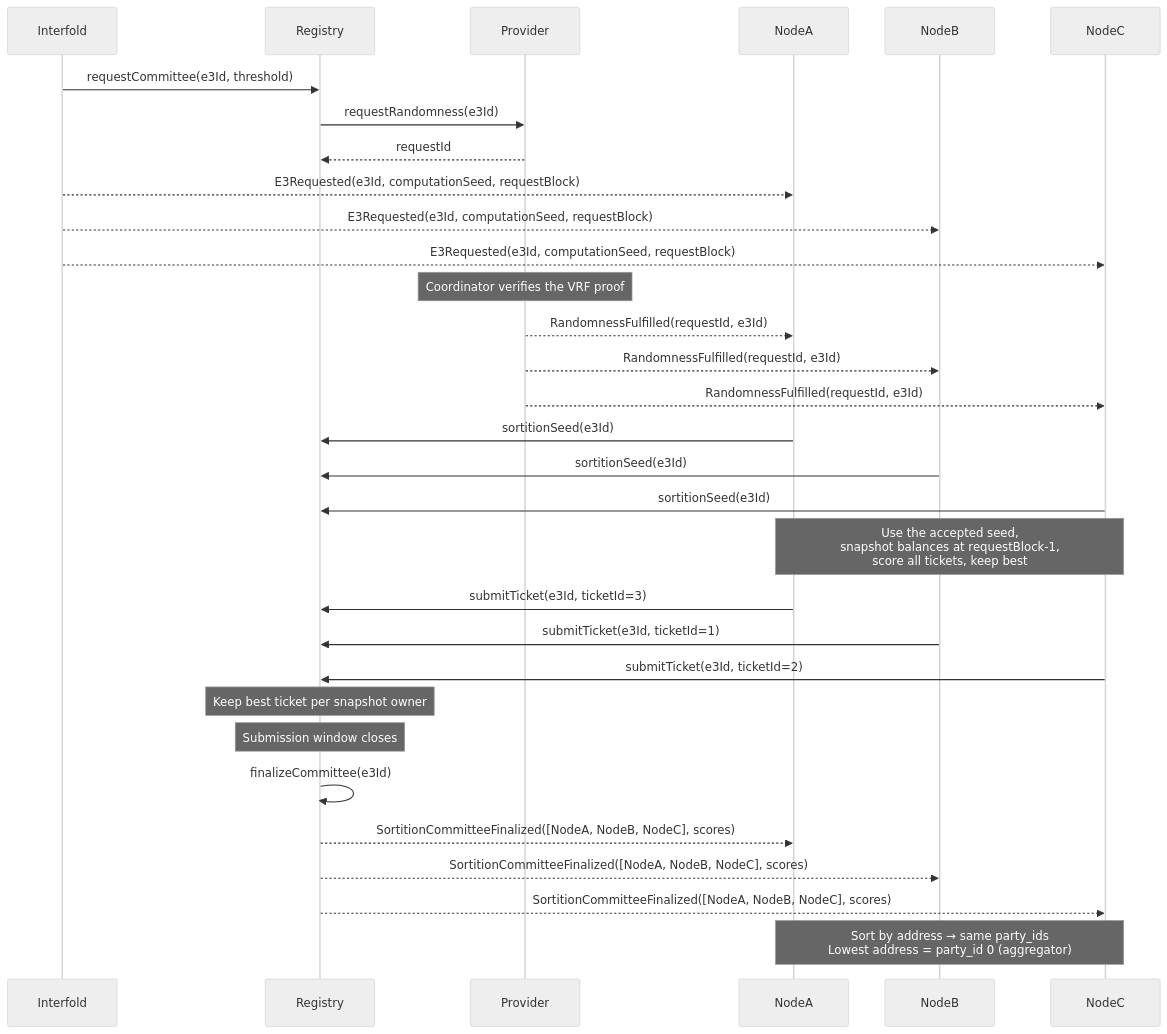
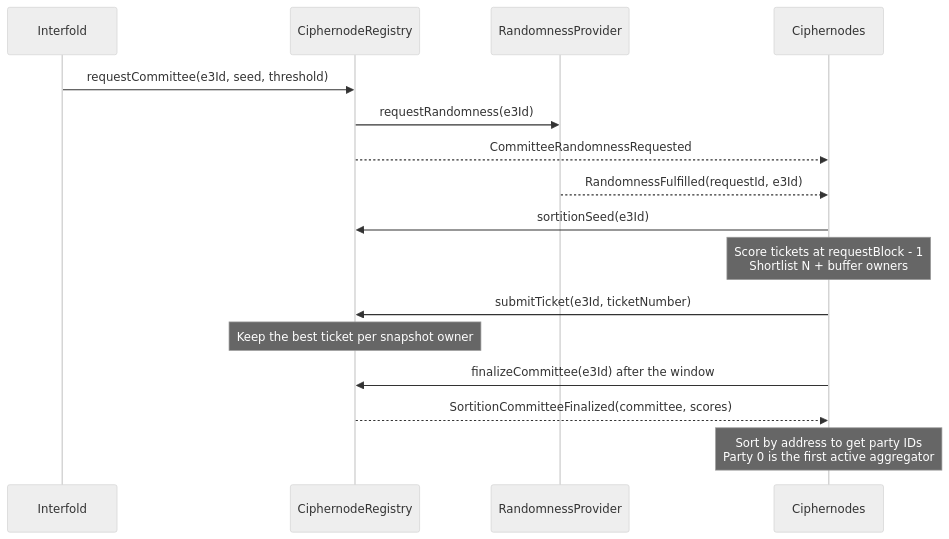
One commit to theinterfold/interfold changed the diagram in docs/pages/internals/sortition.mdx. Above: the diagram before and after it, drawn with Mermaid (neutral theme). The commit also changed other lines of this file and 152 other files, not shown here.

````diff
--- a/docs/pages/internals/sortition.mdx
+++ b/docs/pages/internals/sortition.mdx
@@ -249,38 +472,18 @@
 ```mermaid
 sequenceDiagram
-    participant Interfold
-    participant Registry
-    participant Provider
-    participant NodeA
-    participant NodeB
-    participant NodeC
-
-    Interfold->>Registry: requestCommittee(e3Id, threshold)
-    Registry->>Provider: requestRandomness(e3Id)
-    Provider-->>Registry: requestId
-    Interfold-->>NodeA: E3Requested(e3Id, computationSeed, requestBlock)
-    Interfold-->>NodeB: E3Requested(e3Id, computationSeed, requestBlock)
-    Interfold-->>NodeC: E3Requested(e3Id, computationSeed, requestBlock)
-    Note over Provider: Coordinator verifies the VRF proof
-    Provider-->>NodeA: RandomnessFulfilled(requestId, e3Id)
-    Provider-->>NodeB: RandomnessFulfilled(requestId, e3Id)
-    Provider-->>NodeC: RandomnessFulfilled(requestId, e3Id)
-
-    NodeA->>Registry: sortitionSeed(e3Id)
-    NodeB->>Registry: sortitionSeed(e3Id)
-    NodeC->>Registry: sortitionSeed(e3Id)
-    Note over NodeA,NodeC: Use the accepted seed,<br/>snapshot balances at requestBlock-1,<br/>score all tickets, keep best
-
-    NodeA->>Registry: submitTicket(e3Id, ticketId=3)
-    NodeB->>Registry: submitTicket(e3Id, ticketId=1)
-    NodeC->>Registry: submitTicket(e3Id, ticketId=2)
-    Note over Registry: Keep best ticket per snapshot owner
-
-    Note over Registry: Submission window closes
-    Registry->>Registry: finalizeCommittee(e3Id)
-    Registry-->>NodeA: SortitionCommitteeFinalized([NodeA, NodeB, NodeC], scores)
-    Registry-->>NodeB: SortitionCommitteeFinalized([NodeA, NodeB, NodeC], scores)
-    Registry-->>NodeC: SortitionCommitteeFinalized([NodeA, NodeB, NodeC], scores)
-
-    Note over NodeA,NodeC: Sort by address → same party_ids<br/>Lowest address = party_id 0 (aggregator)
+    participant I as Interfold
+    participant R as CiphernodeRegistry
+    participant P as RandomnessProvider
+    participant N as Ciphernodes
+    I->>R: requestCommittee(e3Id, seed, threshold)
+    R->>P: requestRandomness(e3Id)
+    R-->>N: CommitteeRandomnessRequested
+    P-->>N: RandomnessFulfilled(requestId, e3Id)
+    N->>R: sortitionSeed(e3Id)
+    Note over N: Score tickets at requestBlock - 1<br/>Shortlist N + buffer owners
+    N->>R: submitTicket(e3Id, ticketNumber)
+    Note over R: Keep the best ticket per snapshot owner
+    N->>R: finalizeCommittee(e3Id) after the window
+    R-->>N: SortitionCommitteeFinalized(committee, scores)
+    Note over N: Sort by address to get party IDs<br/>Party 0 is the first active aggregator
 ```
````
